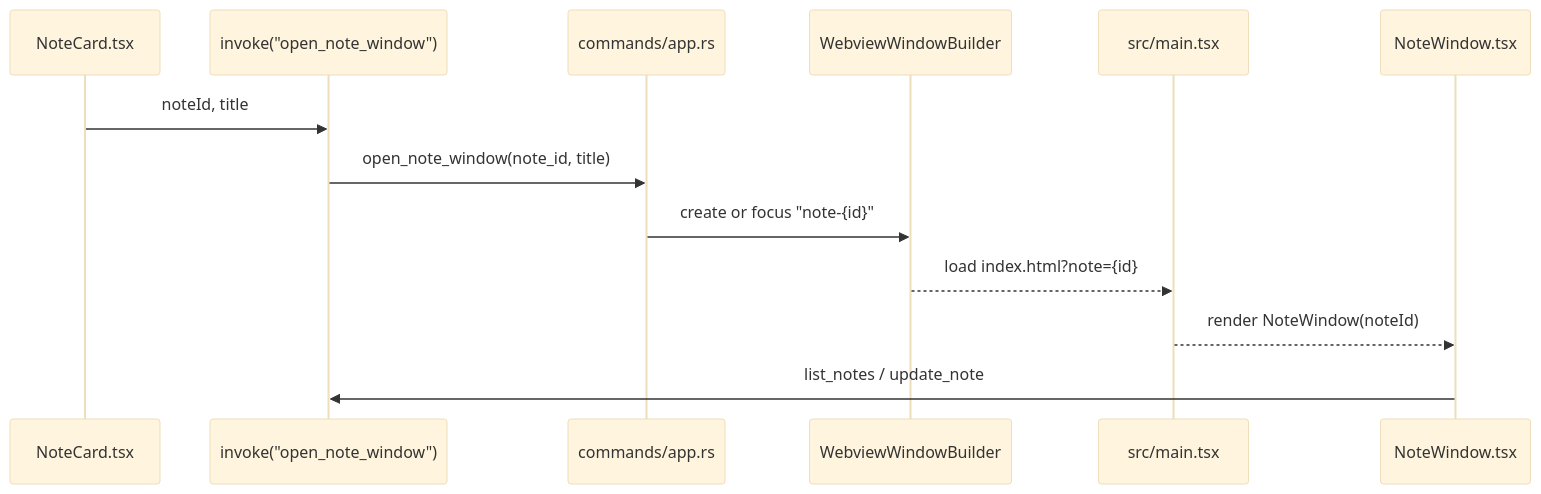
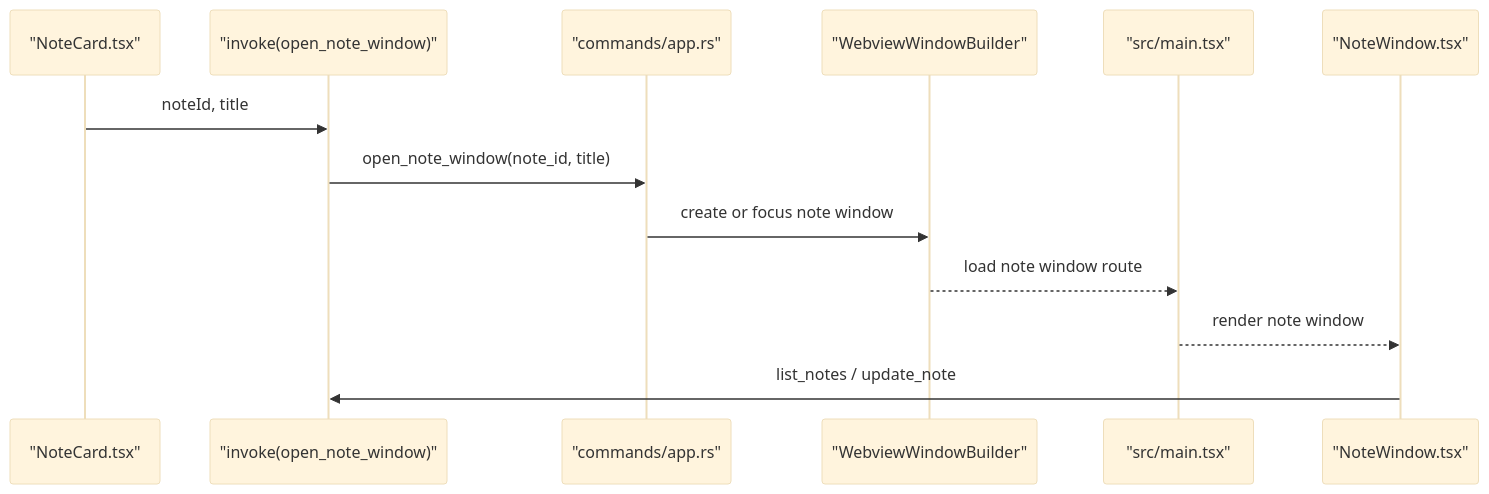
One commit to walterfan/lazy-todo-app changed the fifth of 5 diagrams in doc/02-architecture.md. Above: the diagram before and after it, drawn with Mermaid (base theme). The commit also changed 2 other files, not shown here.

Commit message:
fix windows release icon

````diff
--- a/doc/02-architecture.md
+++ b/doc/02-architecture.md
@@ -151,16 +151,16 @@
 ```mermaid
 sequenceDiagram
-    participant Card as NoteCard.tsx
-    participant IPC as invoke("open_note_window")
-    participant Cmd as commands/app.rs
-    participant Win as WebviewWindowBuilder
-    participant Bootstrap as src/main.tsx
-    participant View as NoteWindow.tsx
+    participant Card as "NoteCard.tsx"
+    participant IPC as "invoke(open_note_window)"
+    participant Cmd as "commands/app.rs"
+    participant Win as "WebviewWindowBuilder"
+    participant Bootstrap as "src/main.tsx"
+    participant View as "NoteWindow.tsx"
 
     Card->>IPC: noteId, title
     IPC->>Cmd: open_note_window(note_id, title)
-    Cmd->>Win: create or focus "note-{id}"
-    Win-->>Bootstrap: load index.html?note={id}
-    Bootstrap-->>View: render NoteWindow(noteId)
+    Cmd->>Win: create or focus note window
+    Win-->>Bootstrap: load note window route
+    Bootstrap-->>View: render note window
     View->>IPC: list_notes / update_note
 ```
````
